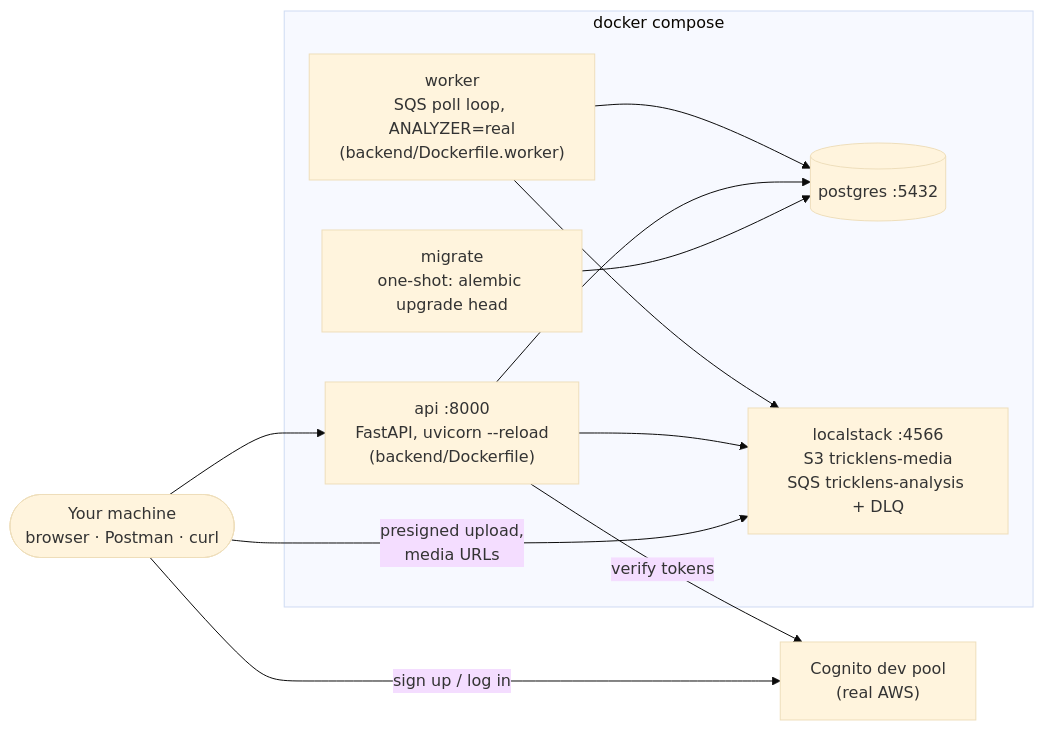
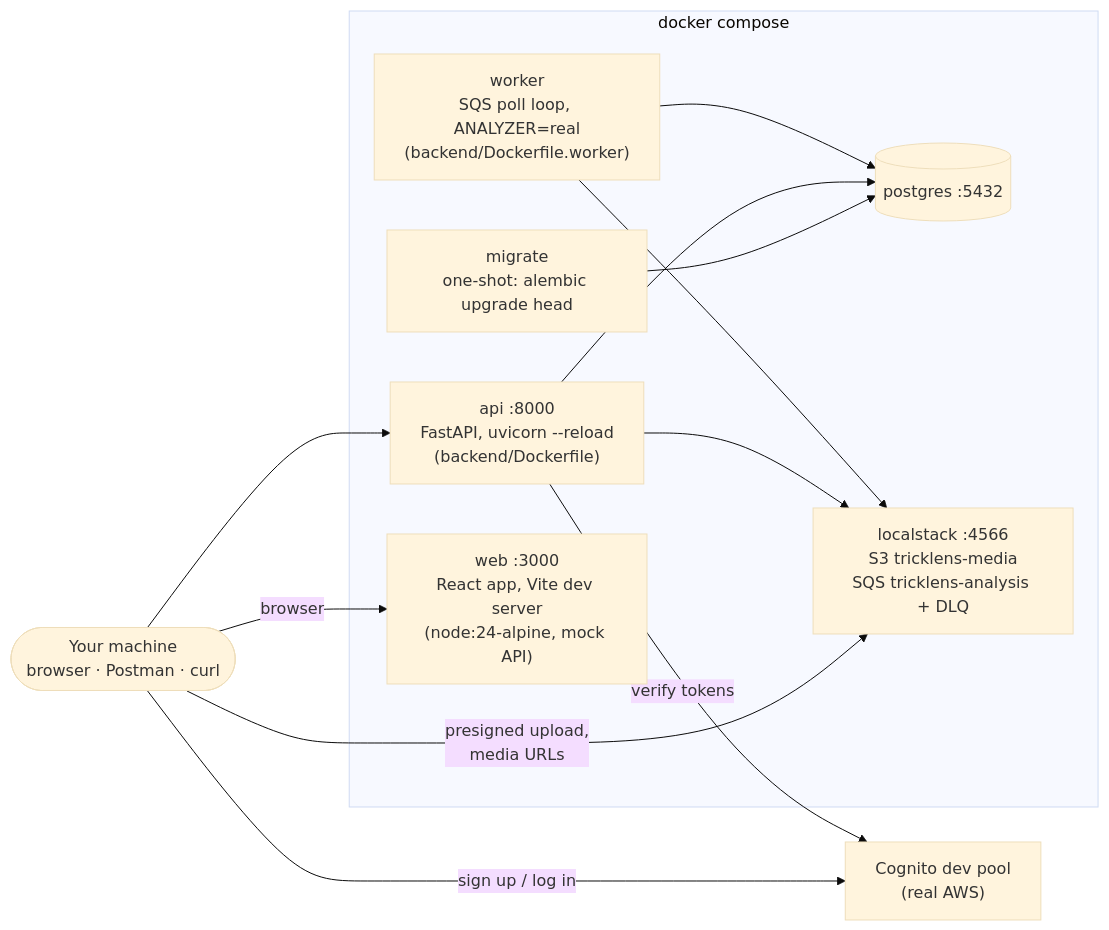
The diagram in docs/development.md (NickPalceski/TrickLens), drawn with Mermaid (base theme) before and after one commit. The commit also changed other lines of this file and 71 other files, not shown here.

First line of the commit message:
Frontend F1: web app scaffold (React + Vite, mock API)

````diff
--- a/docs/development.md
+++ b/docs/development.md
@@ -10,24 +11,26 @@
 ```mermaid
 flowchart LR
     host(["Your machine<br/>browser · Postman · curl"])
 
     subgraph compose ["docker compose"]
         api["api :8000<br/>FastAPI, uvicorn --reload<br/>(backend/Dockerfile)"]
         worker["worker<br/>SQS poll loop, ANALYZER=real<br/>(backend/Dockerfile.worker)"]
         migrate["migrate<br/>one-shot: alembic upgrade head"]
         pg[("postgres :5432")]
         ls["localstack :4566<br/>S3 tricklens-media<br/>SQS tricklens-analysis + DLQ"]
+        web["web :3000<br/>React app, Vite dev server<br/>(node:24-alpine, mock API)"]
     end
 
     cognito["Cognito dev pool<br/>(real AWS)"]
 
     host --> api
+    host -- "browser" --> web
     host -- "presigned upload,<br/>media URLs" --> ls
     migrate --> pg
     api --> pg
     api --> ls
     worker --> ls
     worker --> pg
     api -- "verify tokens" --> cognito
     host -- "sign up / log in" --> cognito
 ```
````
